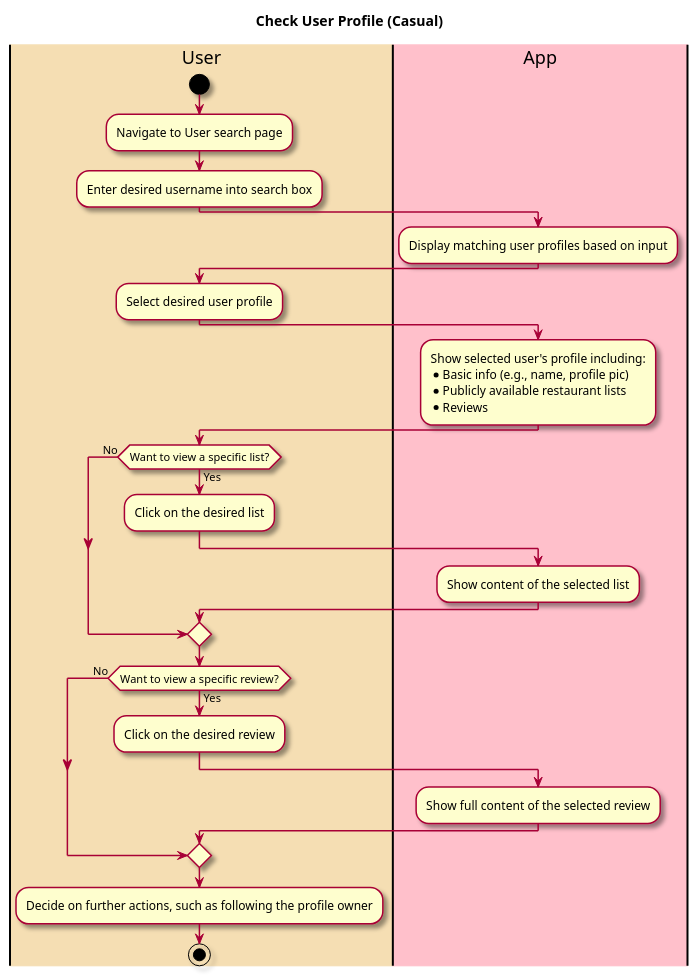
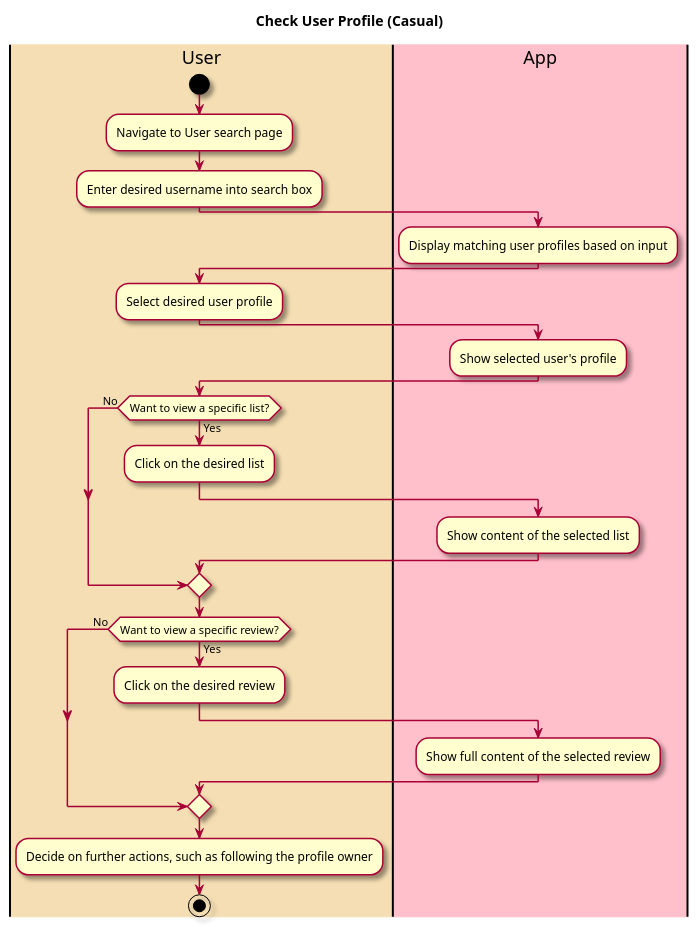
One commit to tanwasp/LunchBox-Android changed the diagram in intellij/doc/use_cases/check-user.md. Above: the diagram before and after it, drawn with PlantUML. The commit also changed other lines of this file and 15 other files, not shown here.

````diff
--- a/intellij/doc/use_cases/check-user.md
+++ b/intellij/doc/use_cases/check-user.md
@@ -24,51 +24,47 @@
 ```plantuml
 @startuml
 
 skin rose
 
 title Check User Profile (Casual)
 
 |#wheat|User|
 |#pink|App|
 
 |User|
 start
 :Navigate to User search page;
 :Enter desired username into search box;
 
 |App|
 :Display matching user profiles based on input;
 
 |User|
 :Select desired user profile;
 
 |App|
-:Show selected user's profile including:
-* Basic info (e.g., name, profile pic)
-* Publicly available restaurant lists
-* Reviews;
+:Show selected user's profile;
 
 |User|
 if (Want to view a specific list?) is (Yes) then
 :Click on the desired list;
 |App|
 :Show content of the selected list;
 else (No)
 endif
 
 |User|
 if (Want to view a specific review?) is (Yes) then
   :Click on the desired review;
   |App|
   :Show full content of the selected review;
 else (No)
 endif
 
 |User|
 :Decide on further actions, such as following the profile owner;
 
 stop
 
 @enduml
-
 ```
````
